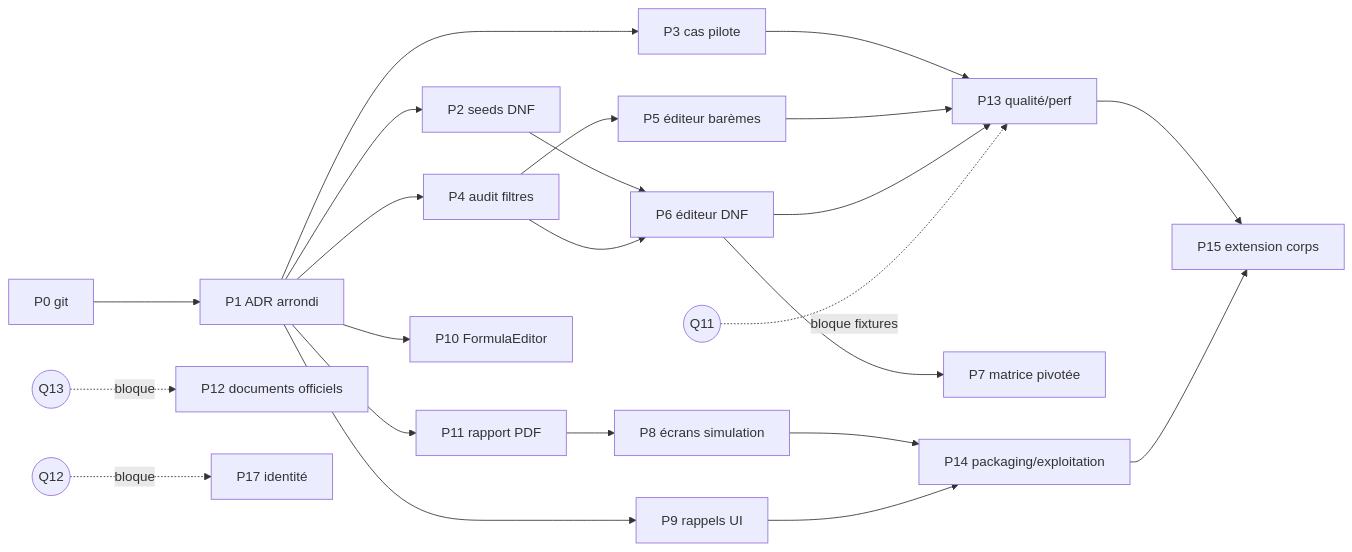
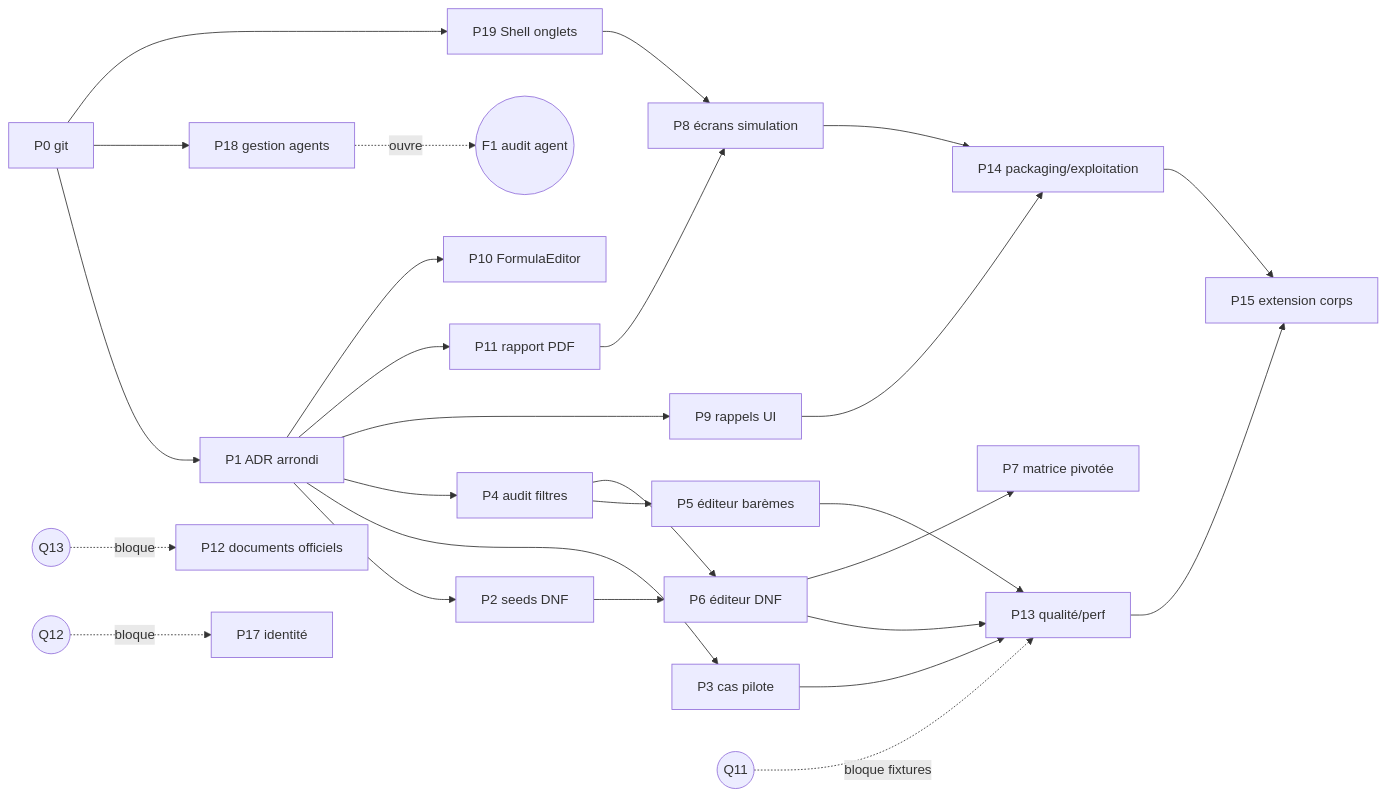
Before and after one commit to menour22567/Gestion_Budget_Ets_Edu: the diagram in docs/audit/PLAN_ACTION_2026-07-19.md, drawn with Mermaid. The commit also changed other lines of this file, not shown here.

First line of the commit message:
docs(plan): addendum P18 (gestion agents) + P19 (Shell onglets) - deja livres 22/07

````diff
--- a/docs/audit/PLAN_ACTION_2026-07-19.md
+++ b/docs/audit/PLAN_ACTION_2026-07-19.md
@@ -47,20 +49,22 @@
 ```mermaid
 graph LR
-    P0[P0 git] --> P1[P1 ADR arrondi]
+    P0[P0 git] --> P1[P1 ADR arrondi] & P18[P18 gestion agents] & P19[P19 Shell onglets]
     P1 --> P2[P2 seeds DNF] & P3[P3 cas pilote] & P4[P4 audit filtres]
     P4 --> P5[P5 éditeur barèmes]
     P2 --> P6[P6 éditeur DNF]
     P4 --> P6
     P1 --> P9[P9 rappels UI] & P11[P11 rapport PDF] & P10[P10 FormulaEditor]
     P11 --> P8[P8 écrans simulation]
+    P19 --> P8
     P3 --> P13[P13 qualité/perf]
     P5 --> P13
     P6 --> P13 & P7[P7 matrice pivotée]
     P8 --> P14[P14 packaging/exploitation]
     P9 --> P14
     P13 --> P15[P15 extension corps]
     P14 --> P15
+    P18 -.ouvre.-> F1((F1 audit agent))
     Q11((Q11)) -.bloque fixtures.-> P13
     Q13((Q13)) -.bloque.-> P12[P12 documents officiels]
     Q12((Q12)) -.bloque.-> P17[P17 identité]
 ```
````
